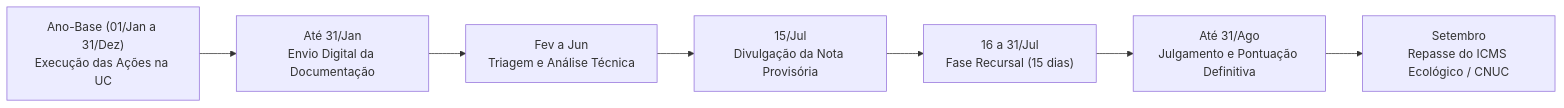
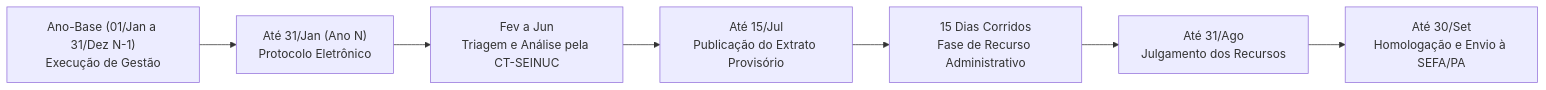
One commit to NGEO-IDEFLOR-Bio/seinuc-forca-tarefa changed the diagram in tarefas/EPIC1-T2.md. Above: the diagram before and after it, drawn with Mermaid. The commit also changed other lines of this file and 6 other files, not shown here.

````diff
--- a/tarefas/EPIC1-T2.md
+++ b/tarefas/EPIC1-T2.md
@@ -13,9 +14,9 @@
 ```mermaid
 flowchart LR
-    A["Ano-Base (01/Jan a 31/Dez)<br/>Execução das Ações na UC"] --> B["Até 31/Jan<br/>Envio Digital da Documentação"]
-    B --> C["Fev a Jun<br/>Triagem e Análise Técnica"]
-    C --> D["15/Jul<br/>Divulgação da Nota Provisória"]
-    D --> E["16 a 31/Jul<br/>Fase Recursal (15 dias)"]
-    E --> F["Até 31/Ago<br/>Julgamento e Pontuação Definitiva"]
-    F --> G["Setembro<br/>Repasse do ICMS Ecológico / CNUC"]
+    A["Ano-Base (01/Jan a 31/Dez N-1)<br/>Execução de Gestão"] --> B["Até 31/Jan (Ano N)<br/>Protocolo Eletrônico"]
+    B --> C["Fev a Jun<br/>Triagem e Análise pela CT-SEINUC"]
+    C --> D["Até 15/Jul<br/>Publicação do Extrato Provisório"]
+    D --> E["15 Dias Corridos<br/>Fase de Recurso Administrativo"]
+    E --> F["Até 31/Ago<br/>Julgamento dos Recursos"]
+    F --> G["Até 30/Set<br/>Homologação e Envio à SEFA/PA"]
 ```
````
